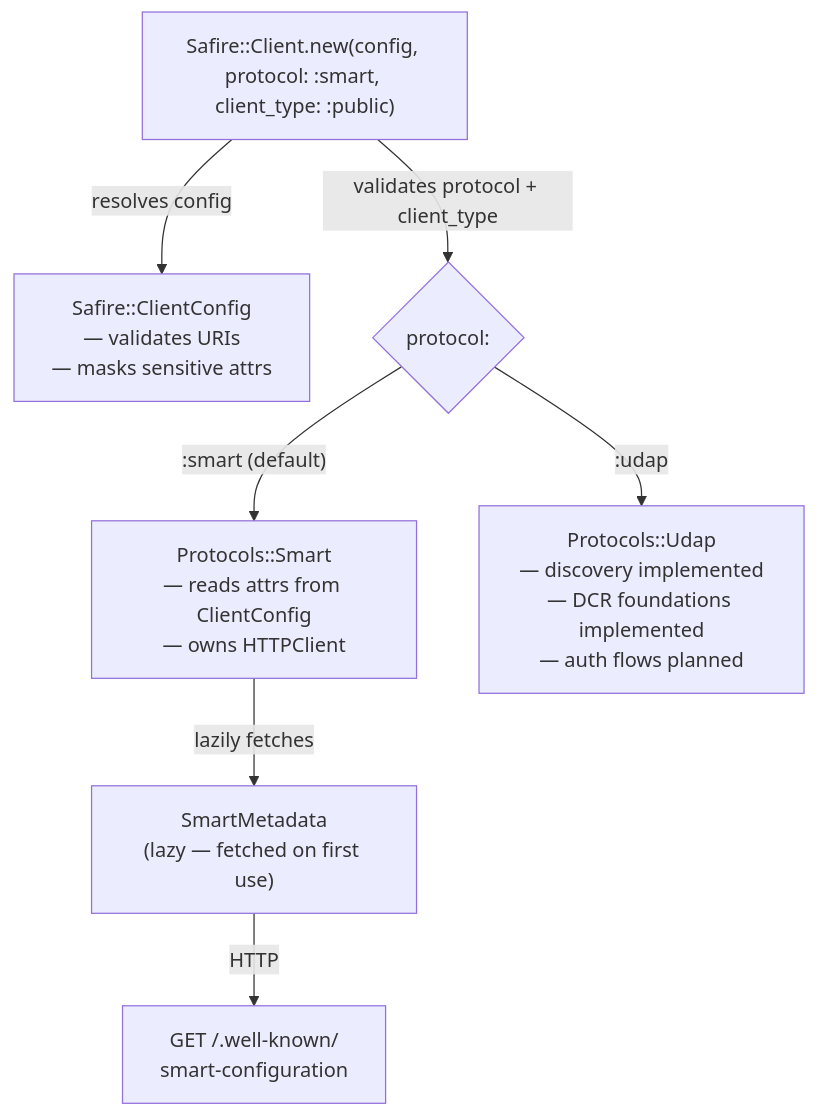
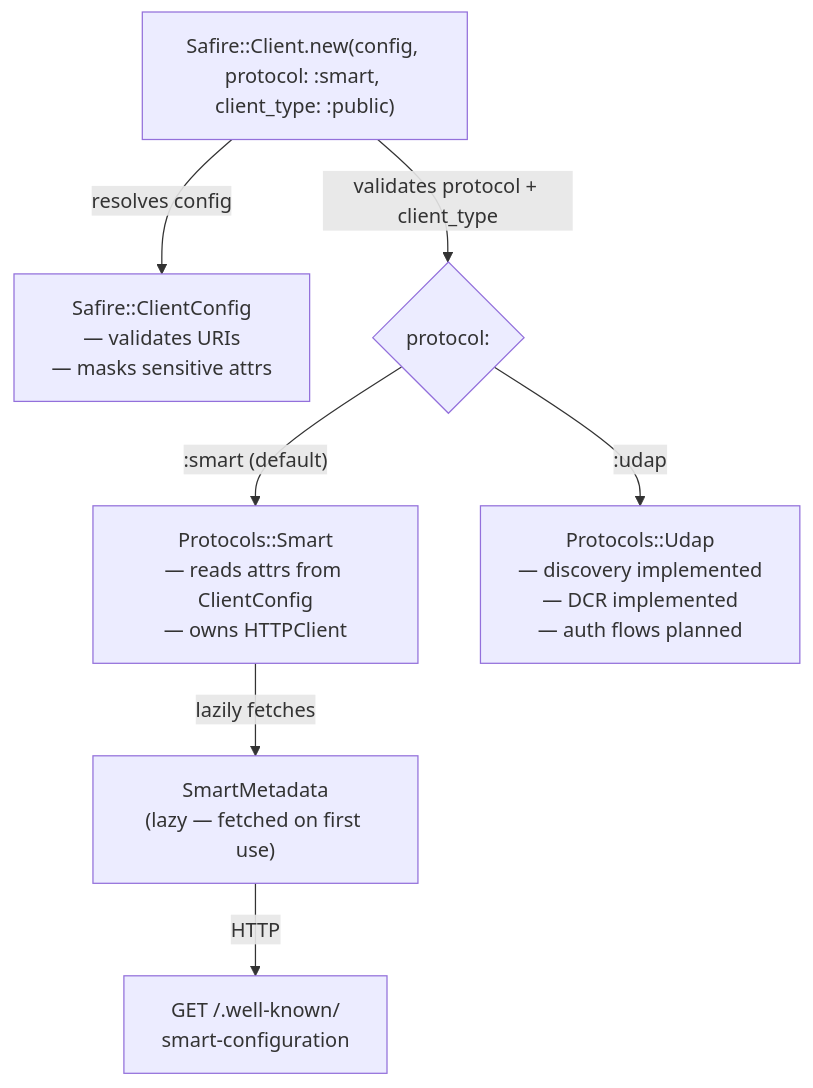
The diagram in docs/configuration/index.md (vanessuniq/safire), drawn with Mermaid before and after one commit. The commit also changed other lines of this file and 21 other files, not shown here.

Commit message:
Implement UDAP Dynamic Client Registration flow (#180)

````diff
--- a/docs/configuration/index.md
+++ b/docs/configuration/index.md
@@ -20,16 +20,16 @@
 ```mermaid
 flowchart TD
     A["Safire::Client.new(config, protocol: :smart, client_type: :public)"]
     B["Safire::ClientConfig\n— validates URIs\n— masks sensitive attrs"]
     C{protocol:}
     D["Protocols::Smart\n— reads attrs from ClientConfig\n— owns HTTPClient"]
     E["SmartMetadata\n(lazy — fetched on first use)"]
     F["GET /.well-known/\nsmart-configuration"]
 
     A -->|"resolves config"| B
     A -->|"validates protocol + client_type"| C
     C -->|":smart (default)"| D
-    C -->|":udap"| G["Protocols::Udap\n— discovery implemented\n— DCR foundations implemented\n— auth flows planned"]
+    C -->|":udap"| G["Protocols::Udap\n— discovery implemented\n— DCR implemented\n— auth flows planned"]
     D -->|"lazily fetches"| E
     E -->|"HTTP"| F
 ```
````
